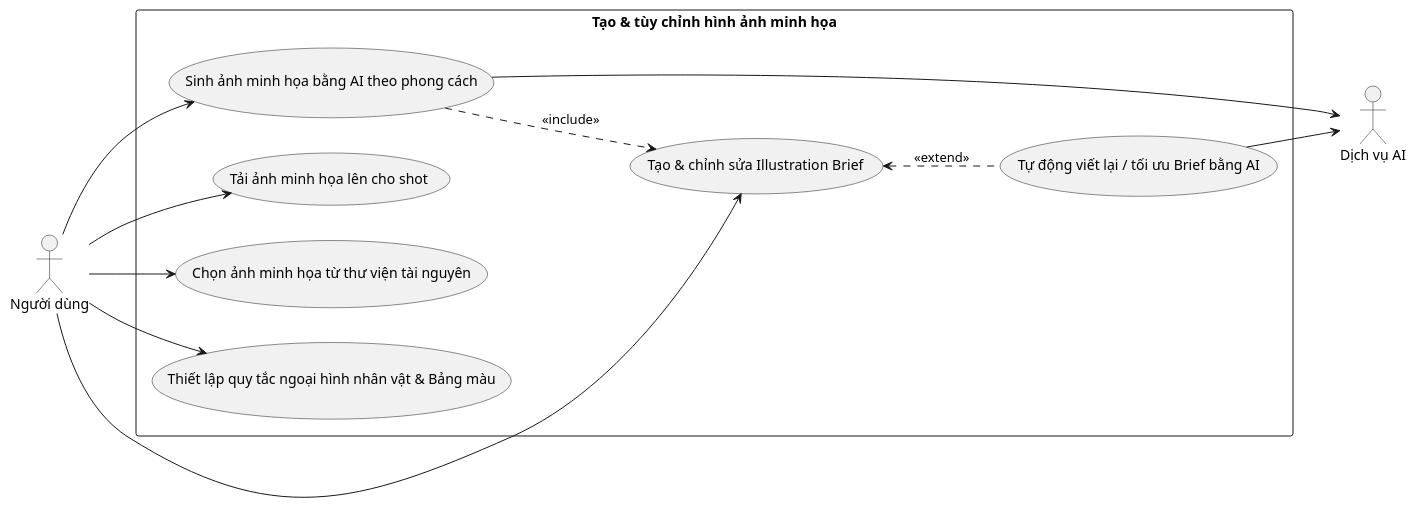
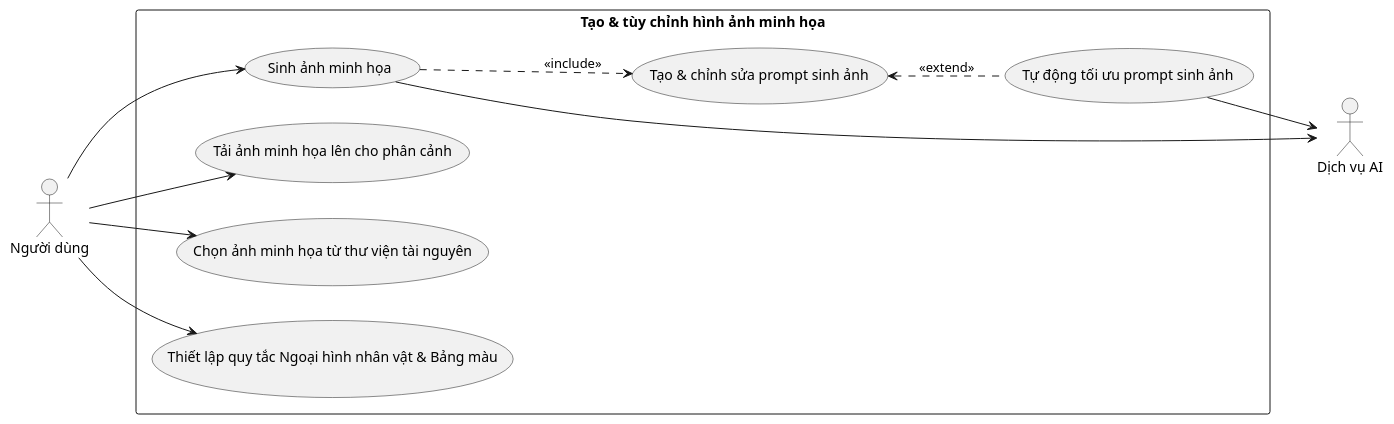
One commit to 202416852-anhpv/story2video-docs changed the diagram in docs/bieu-do-uc/bieu-do-uc-chi-tiet/make/tao-va-chinh-sua-storyboard/tao-va-tuy-chinh-hinh-anh-minh-hoa.puml. Above: the diagram before and after it, drawn with PlantUML. The commit also changed 7 other files, not shown here.

```diff
--- a/docs/bieu-do-uc/bieu-do-uc-chi-tiet/make/tao-va-chinh-sua-storyboard/tao-va-tuy-chinh-hinh-anh-minh-hoa.puml
+++ b/docs/bieu-do-uc/bieu-do-uc-chi-tiet/make/tao-va-chinh-sua-storyboard/tao-va-tuy-chinh-hinh-anh-minh-hoa.puml
@@ -1,28 +1,27 @@
 @startuml tao-va-tuy-chinh-hinh-anh-minh-hoa
 left to right direction
 
 actor "Người dùng" as User
 actor "Dịch vụ AI" as AI_Service
 
 rectangle "Tạo & tùy chỉnh hình ảnh minh họa" {
-    usecase "Tạo & chỉnh sửa Illustration Brief" as UC_01
-    usecase "Tự động viết lại / tối ưu Brief bằng AI" as UC_02
-    usecase "Sinh ảnh minh họa bằng AI theo phong cách" as UC_03
-    usecase "Tải ảnh minh họa lên cho shot" as UC_04
+    usecase "Tạo & chỉnh sửa prompt sinh ảnh" as UC_01
+    usecase "Tự động tối ưu prompt sinh ảnh" as UC_02
+    usecase "Sinh ảnh minh họa" as UC_03
+    usecase "Tải ảnh minh họa lên cho phân cảnh" as UC_04
     usecase "Chọn ảnh minh họa từ thư viện tài nguyên" as UC_05
-    usecase "Thiết lập quy tắc ngoại hình nhân vật & Bảng màu" as UC_06
+    usecase "Thiết lập quy tắc Ngoại hình nhân vật & Bảng màu" as UC_06
 }
 
-User --> UC_01
 User --> UC_03
 User --> UC_04
 User --> UC_05
 User --> UC_06
 
 UC_01 <.. UC_02 : <<extend>>
 UC_03 ..> UC_01 : <<include>>
 
 UC_02 --> AI_Service
 UC_03 --> AI_Service
 
 @enduml
```
